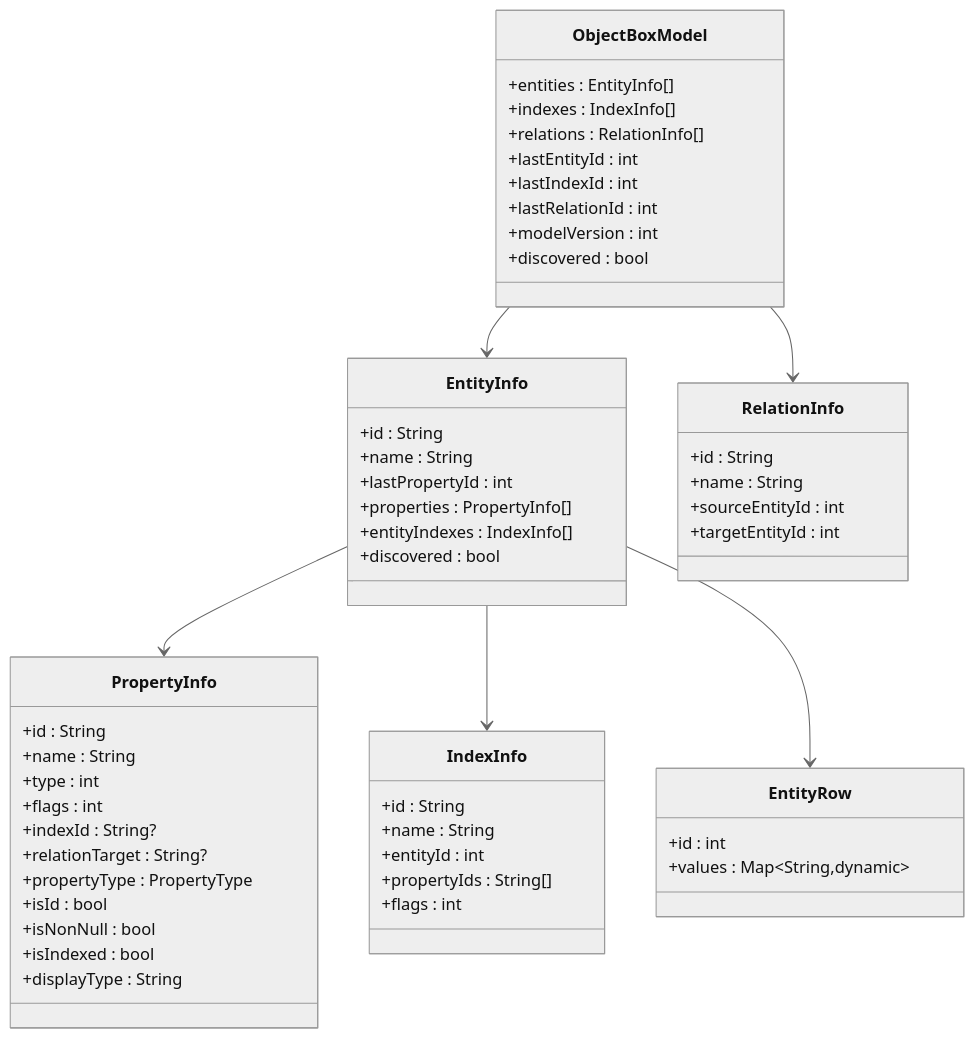
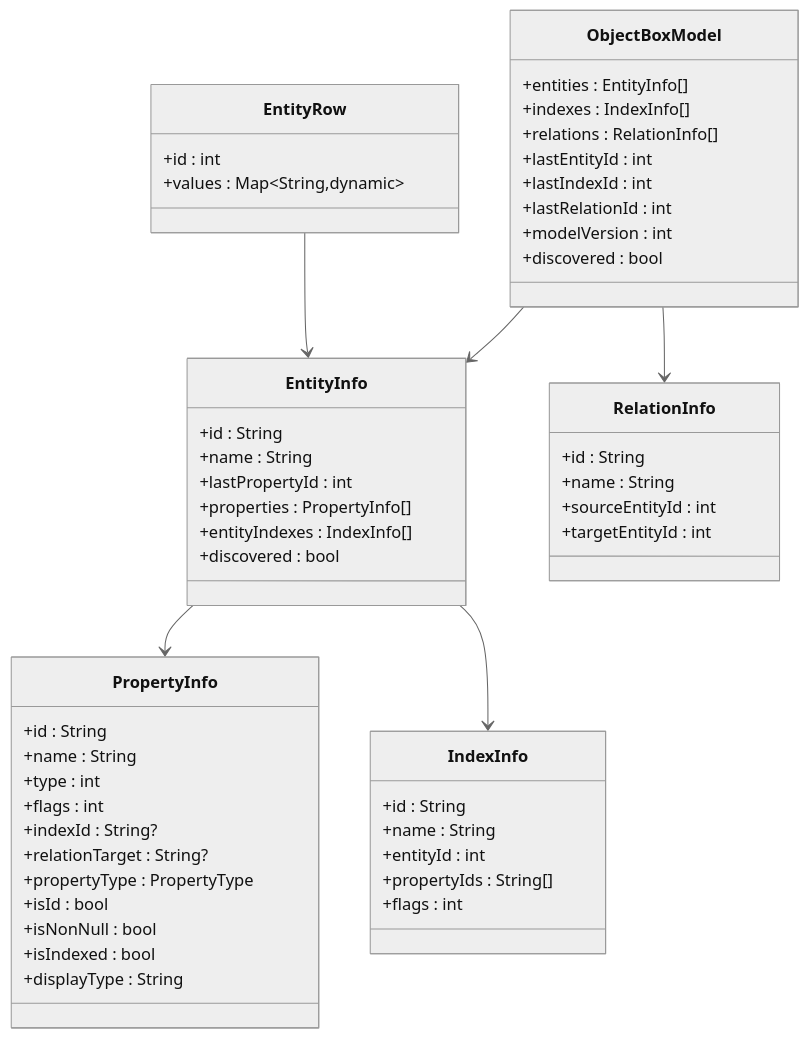
One commit to kongpf8848/objectbox_viewer changed the eighth of 8 diagrams in .qoder/repowiki/zh/content/UI 组件/数据表格面板.md. Above: the diagram before and after it, drawn with Mermaid (neutral theme). The commit also changed other lines of this file and 22 other files, not shown here.

````diff
--- a/.qoder/repowiki/zh/content/UI 组件/数据表格面板.md
+++ b/.qoder/repowiki/zh/content/UI 组件/数据表格面板.md
@@ -434,56 +467,56 @@
 ```mermaid
 classDiagram
 class ObjectBoxModel {
 +entities : EntityInfo[]
 +indexes : IndexInfo[]
 +relations : RelationInfo[]
 +lastEntityId : int
 +lastIndexId : int
 +lastRelationId : int
 +modelVersion : int
 +discovered : bool
 }
 class EntityInfo {
 +id : String
 +name : String
 +lastPropertyId : int
 +properties : PropertyInfo[]
 +entityIndexes : IndexInfo[]
 +discovered : bool
 }
 class PropertyInfo {
 +id : String
 +name : String
 +type : int
 +flags : int
 +indexId : String?
 +relationTarget : String?
 +propertyType : PropertyType
 +isId : bool
 +isNonNull : bool
 +isIndexed : bool
 +displayType : String
 }
 class IndexInfo {
 +id : String
 +name : String
 +entityId : int
 +propertyIds : String[]
 +flags : int
 }
 class RelationInfo {
 +id : String
 +name : String
 +sourceEntityId : int
 +targetEntityId : int
 }
 class EntityRow {
 +id : int
 +values : Map~String,dynamic~
 }
 ObjectBoxModel --> EntityInfo
 EntityInfo --> PropertyInfo
 EntityInfo --> IndexInfo
 ObjectBoxModel --> RelationInfo
-EntityInfo --> EntityRow
+EntityRow --> EntityInfo
 ```
````
